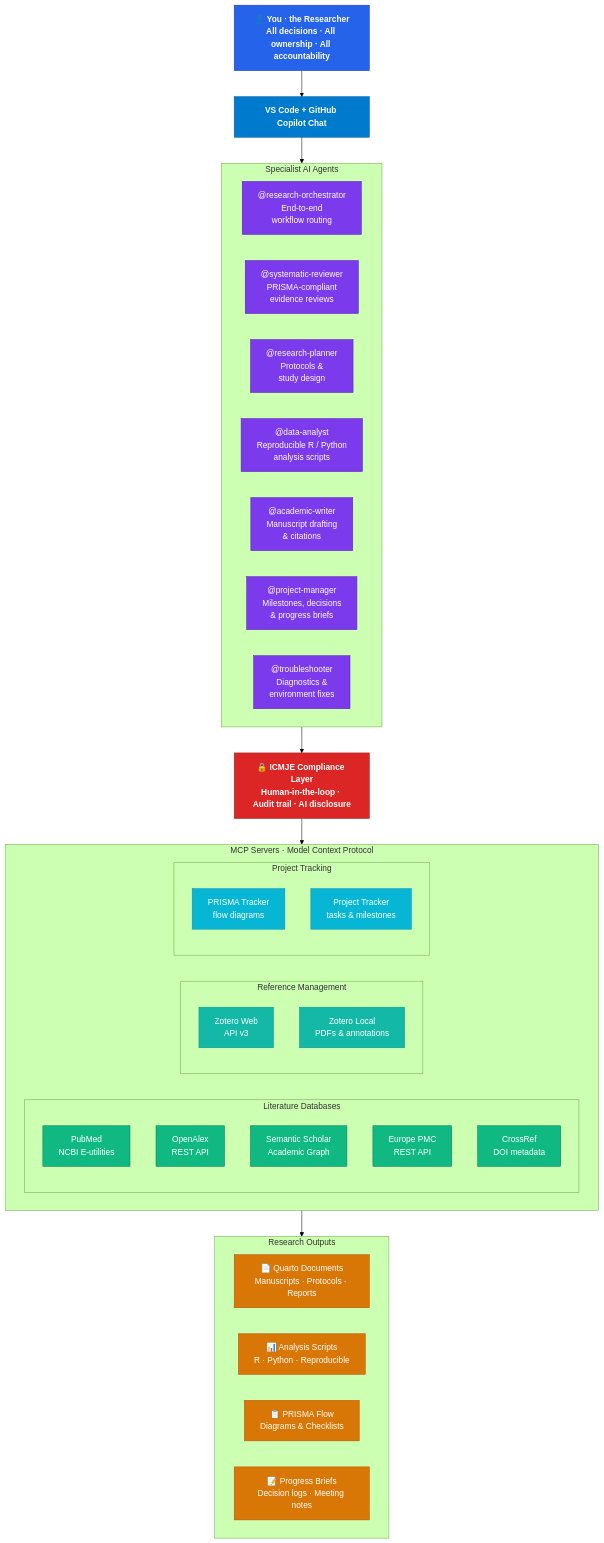
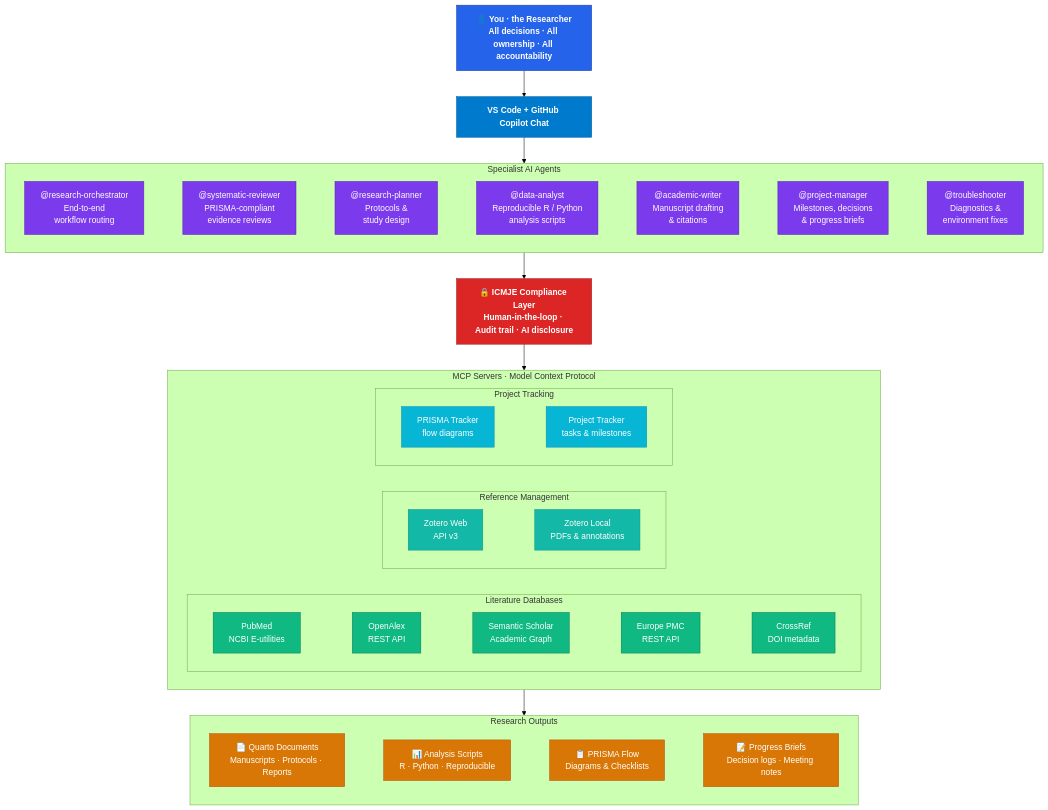
One commit to andre-inter-collab-llc/research-workflow-assistant changed the diagram in README.md. Above: the diagram before and after it, drawn with Mermaid (forest theme). The commit also changed other lines of this file and 5 other files, not shown here.

````diff
--- a/README.md
+++ b/README.md
@@ -43,81 +43,63 @@
 ```mermaid
 graph TB
-    %% ── Researcher layer ──
     YOU["👤 You · the Researcher<br/>All decisions · All ownership · All accountability"]
 
-    %% ── VS Code layer ──
     VSCODE["VS Code + GitHub Copilot Chat"]
 
     YOU --> VSCODE
 
-    %% ── Agent layer ──
     subgraph AGENTS["Specialist AI Agents"]
         direction LR
-        ORCH["@research-orchestrator<br/>End-to-end<br/>workflow routing"]
-        SR["@systematic-reviewer<br/>PRISMA-compliant<br/>evidence reviews"]
-        RP["@research-planner<br/>Protocols &<br/>study design"]
-        DA["@data-analyst<br/>Reproducible R / Python<br/>analysis scripts"]
-        AW["@academic-writer<br/>Manuscript drafting<br/>& citations"]
-        PM["@project-manager<br/>Milestones, decisions<br/>& progress briefs"]
-        TS["@troubleshooter<br/>Diagnostics &<br/>environment fixes"]
+        ORCH["@research-orchestrator<br/>End-to-end<br/>workflow routing"] ~~~ SR["@systematic-reviewer<br/>PRISMA-compliant<br/>evidence reviews"] ~~~ RP["@research-planner<br/>Protocols &<br/>study design"] ~~~ DA["@data-analyst<br/>Reproducible R / Python<br/>analysis scripts"] ~~~ AW["@academic-writer<br/>Manuscript drafting<br/>& citations"] ~~~ PM["@project-manager<br/>Milestones, decisions<br/>& progress briefs"] ~~~ TS["@troubleshooter<br/>Diagnostics &<br/>environment fixes"]
     end
 
     VSCODE --> AGENTS
 
-    %% ── ICMJE compliance bar ──
     ICMJE["🔒 ICMJE Compliance Layer<br/>Human-in-the-loop · Audit trail · AI disclosure"]
 
     AGENTS --> ICMJE
 
-    %% ── MCP Server layer ──
     subgraph MCP["MCP Servers · Model Context Protocol"]
         direction LR
         subgraph LITERATURE["Literature Databases"]
-            PUB["PubMed<br/>NCBI E-utilities"]
-            OA["OpenAlex<br/>REST API"]
-            SS["Semantic Scholar<br/>Academic Graph"]
-            EPMC["Europe PMC<br/>REST API"]
-            CR["CrossRef<br/>DOI metadata"]
+            direction LR
+            PUB["PubMed<br/>NCBI E-utilities"] ~~~ OA["OpenAlex<br/>REST API"] ~~~ SS["Semantic Scholar<br/>Academic Graph"] ~~~ EPMC["Europe PMC<br/>REST API"] ~~~ CR["CrossRef<br/>DOI metadata"]
         end
         subgraph REFERENCE["Reference Management"]
-            ZOT["Zotero Web<br/>API v3"]
-            ZLOC["Zotero Local<br/>PDFs & annotations"]
+            direction LR
+            ZOT["Zotero Web<br/>API v3"] ~~~ ZLOC["Zotero Local<br/>PDFs & annotations"]
         end
         subgraph TRACKING["Project Tracking"]
-            PRISMA["PRISMA Tracker<br/>flow diagrams"]
-            PROJ["Project Tracker<br/>tasks & milestones"]
+            direction LR
+            PRISMA["PRISMA Tracker<br/>flow diagrams"] ~~~ PROJ["Project Tracker<br/>tasks & milestones"]
         end
     end
 
     ICMJE --> MCP
 
-    %% ── Output layer ──
     subgraph OUTPUTS["Research Outputs"]
         direction LR
-        QMD["📄 Quarto Documents<br/>Manuscripts · Protocols · Reports"]
-        SCRIPTS["📊 Analysis Scripts<br/>R · Python · Reproducible"]
-        PFLOW["📋 PRISMA Flow<br/>Diagrams & Checklists"]
-        BRIEFS["📝 Progress Briefs<br/>Decision logs · Meeting notes"]
+        QMD["📄 Quarto Documents<br/>Manuscripts · Protocols · Reports"] ~~~ SCRIPTS["📊 Analysis Scripts<br/>R · Python · Reproducible"] ~~~ PFLOW["📋 PRISMA Flow<br/>Diagrams & Checklists"] ~~~ BRIEFS["📝 Progress Briefs<br/>Decision logs · Meeting notes"]
     end
 
     MCP --> OUTPUTS
 
     %% ── Styles ──
     classDef researcher fill:#2563eb,stroke:#1e40af,color:#fff,font-weight:bold
     classDef vscode fill:#007acc,stroke:#005a9e,color:#fff,font-weight:bold
     classDef agent fill:#7c3aed,stroke:#5b21b6,color:#fff
     classDef compliance fill:#dc2626,stroke:#991b1b,color:#fff,font-weight:bold
     classDef litdb fill:#10b981,stroke:#047857,color:#fff
     classDef refmgmt fill:#14b8a6,stroke:#0d9488,color:#fff
     classDef tracking fill:#06b6d4,stroke:#0891b2,color:#fff
     classDef output fill:#d97706,stroke:#b45309,color:#fff
 
     class YOU researcher
     class VSCODE vscode
     class ORCH,SR,RP,DA,AW,PM,TS agent
     class ICMJE compliance
     class PUB,OA,SS,EPMC,CR litdb
     class ZOT,ZLOC refmgmt
     class PRISMA,PROJ tracking
     class QMD,SCRIPTS,PFLOW,BRIEFS output
 ```
````
